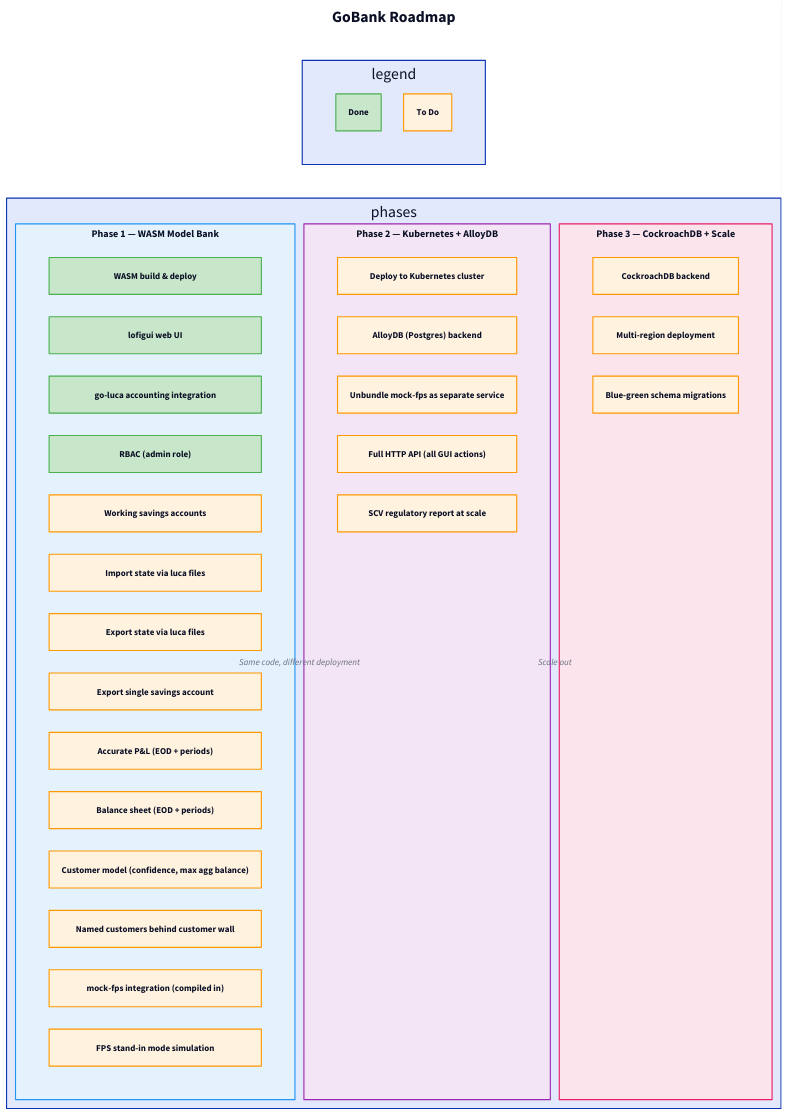
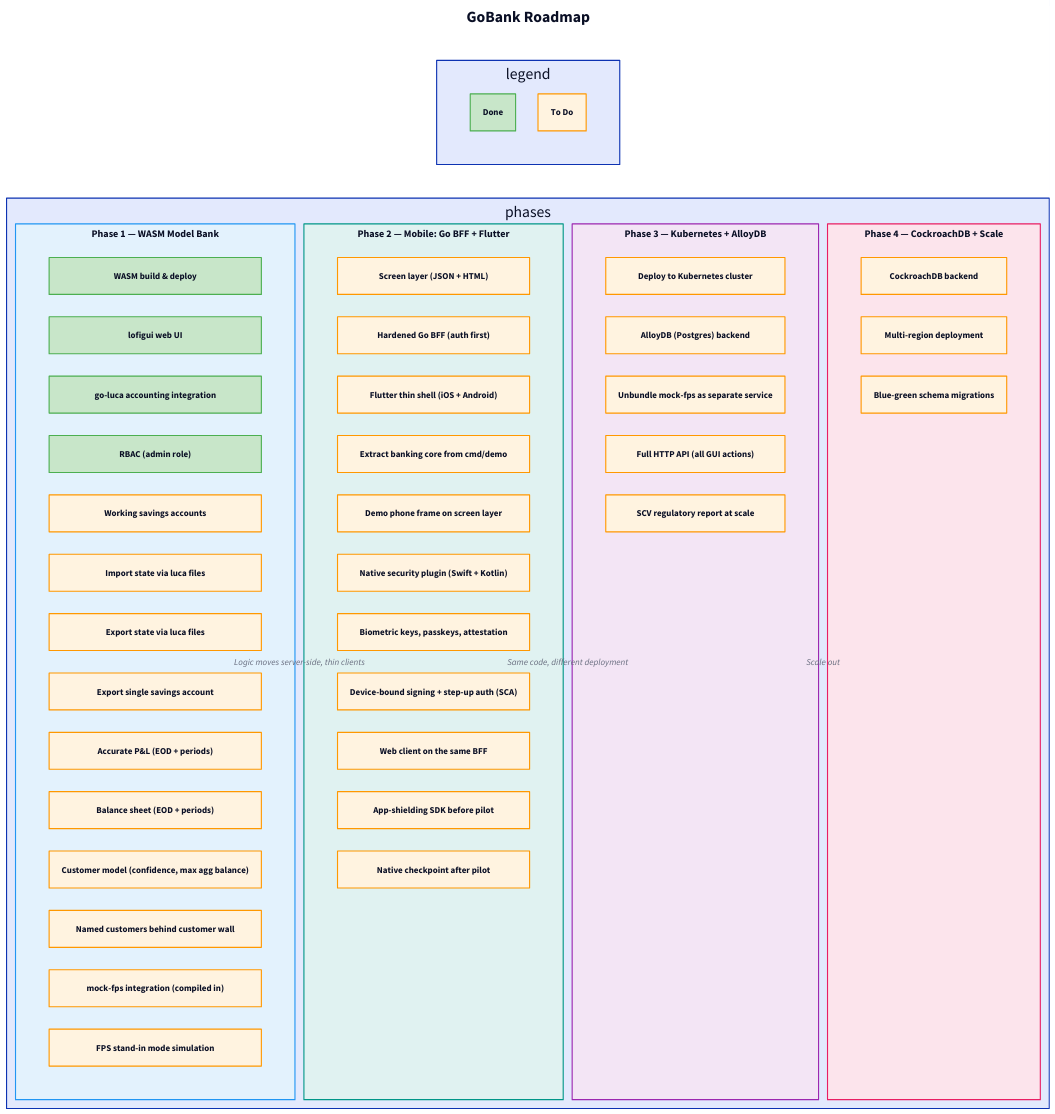
The diagram in roadmap.d2 (drummonds/gobank), drawn with D2 before and after one commit. The commit also changed 32 other files, not shown here.

First line of the commit message:
Phase 2 groundwork and Hetzner deployment moved to gobank-deploy

```diff
--- a/roadmap.d2
+++ b/roadmap.d2
@@ -1,142 +1,196 @@
 direction: right
 
 title: GoBank Roadmap {
   shape: text
   style.font-size: 28
   style.bold: true
 }
 
 legend: {
   grid-columns: 2
   done: Done {
     style.fill: "#c8e6c9"
     style.stroke: "#4caf50"
   }
   todo: To Do {
     style.fill: "#fff3e0"
     style.stroke: "#ff9800"
   }
 }
 
 phases: {
-  grid-columns: 3
+  grid-columns: 4
   grid-gap: 16
 
   phase1: Phase 1 — WASM Model Bank {
     grid-columns: 1
     style.fill: "#e3f2fd"
     style.stroke: "#2196f3"
     style.font-size: 18
     style.bold: true
 
     wasm: WASM build & deploy {
       style.fill: "#c8e6c9"
       style.stroke: "#4caf50"
     }
     lofigui: lofigui web UI {
       style.fill: "#c8e6c9"
       style.stroke: "#4caf50"
     }
     goluca: go-luca accounting integration {
       style.fill: "#c8e6c9"
       style.stroke: "#4caf50"
     }
     rbac: RBAC (admin role) {
       style.fill: "#c8e6c9"
       style.stroke: "#4caf50"
     }
     savings: Working savings accounts {
       style.fill: "#fff3e0"
       style.stroke: "#ff9800"
     }
     import: Import state via luca files {
       style.fill: "#fff3e0"
       style.stroke: "#ff9800"
     }
     export: Export state via luca files {
       style.fill: "#fff3e0"
       style.stroke: "#ff9800"
     }
     export_single: Export single savings account {
       style.fill: "#fff3e0"
       style.stroke: "#ff9800"
     }
     pnl: Accurate P&L (EOD + periods) {
       style.fill: "#fff3e0"
       style.stroke: "#ff9800"
     }
     bs: Balance sheet (EOD + periods) {
       style.fill: "#fff3e0"
       style.stroke: "#ff9800"
     }
     customers: Customer model (confidence, max agg balance) {
       style.fill: "#fff3e0"
       style.stroke: "#ff9800"
     }
     customer_wall: Named customers behind customer wall {
       style.fill: "#fff3e0"
       style.stroke: "#ff9800"
     }
     mock_fps: mock-fps integration (compiled in) {
       style.fill: "#fff3e0"
       style.stroke: "#ff9800"
     }
     standin: FPS stand-in mode simulation {
       style.fill: "#fff3e0"
       style.stroke: "#ff9800"
     }
   }
 
-  phase2: Phase 2 — Kubernetes + AlloyDB {
+  phase2: Phase 2 — Mobile: Go BFF + Flutter {
+    grid-columns: 1
+    style.fill: "#e0f2f1"
+    style.stroke: "#009688"
+    style.font-size: 18
+    style.bold: true
+
+    screen: Screen layer (JSON + HTML) {
+      style.fill: "#fff3e0"
+      style.stroke: "#ff9800"
+    }
+    bff: Hardened Go BFF (auth first) {
+      style.fill: "#fff3e0"
+      style.stroke: "#ff9800"
+    }
+    flutter: Flutter thin shell (iOS + Android) {
+      style.fill: "#fff3e0"
+      style.stroke: "#ff9800"
+    }
+    core_extract: Extract banking core from cmd/demo {
+      style.fill: "#fff3e0"
+      style.stroke: "#ff9800"
+    }
+    demo_screens: Demo phone frame on screen layer {
+      style.fill: "#fff3e0"
+      style.stroke: "#ff9800"
+    }
+    sec_plugin: Native security plugin (Swift + Kotlin) {
+      style.fill: "#fff3e0"
+      style.stroke: "#ff9800"
+    }
+    attest: Biometric keys, passkeys, attestation {
+      style.fill: "#fff3e0"
+      style.stroke: "#ff9800"
+    }
+    stepup: Device-bound signing + step-up auth (SCA) {
+      style.fill: "#fff3e0"
+      style.stroke: "#ff9800"
+    }
+    web_bff: Web client on the same BFF {
+      style.fill: "#fff3e0"
+      style.stroke: "#ff9800"
+    }
+    shield: App-shielding SDK before pilot {
+      style.fill: "#fff3e0"
+      style.stroke: "#ff9800"
+    }
+    native_check: Native checkpoint after pilot {
+      style.fill: "#fff3e0"
+      style.stroke: "#ff9800"
+    }
+  }
+
+  phase3: Phase 3 — Kubernetes + AlloyDB {
     grid-columns: 1
     style.fill: "#f3e5f5"
     style.stroke: "#9c27b0"
     style.font-size: 18
     style.bold: true
 
     k8s: Deploy to Kubernetes cluster {
       style.fill: "#fff3e0"
       style.stroke: "#ff9800"
     }
     alloydb: AlloyDB (Postgres) backend {
       style.fill: "#fff3e0"
       style.stroke: "#ff9800"
     }
     multi_svc: Unbundle mock-fps as separate service {
       style.fill: "#fff3e0"
       style.stroke: "#ff9800"
     }
     http_api: Full HTTP API (all GUI actions) {
       style.fill: "#fff3e0"
       style.stroke: "#ff9800"
     }
     scv: SCV regulatory report at scale {
       style.fill: "#fff3e0"
       style.stroke: "#ff9800"
     }
   }
 
-  phase3: Phase 3 — CockroachDB + Scale {
+  phase4: Phase 4 — CockroachDB + Scale {
     grid-columns: 1
     style.fill: "#fce4ec"
     style.stroke: "#e91e63"
     style.font-size: 18
     style.bold: true
 
     crdb: CockroachDB backend {
       style.fill: "#fff3e0"
       style.stroke: "#ff9800"
     }
     multi_region: Multi-region deployment {
       style.fill: "#fff3e0"
       style.stroke: "#ff9800"
     }
     blue_green: Blue-green schema migrations {
       style.fill: "#fff3e0"
       style.stroke: "#ff9800"
     }
   }
 }
 
-phases.phase1 -> phases.phase2: Same code, different deployment
-phases.phase2 -> phases.phase3: Scale out
+phases.phase1 -> phases.phase2: Logic moves server-side, thin clients
+phases.phase2 -> phases.phase3: Same code, different deployment
+phases.phase3 -> phases.phase4: Scale out
```
